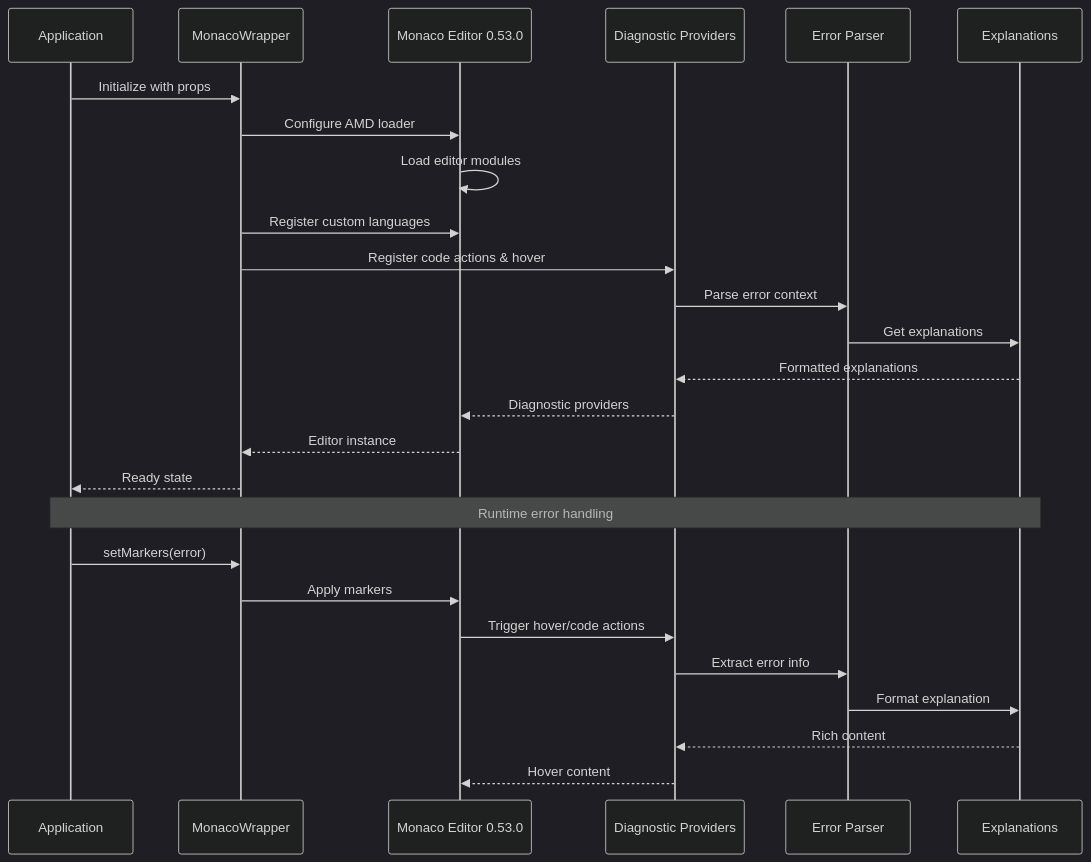
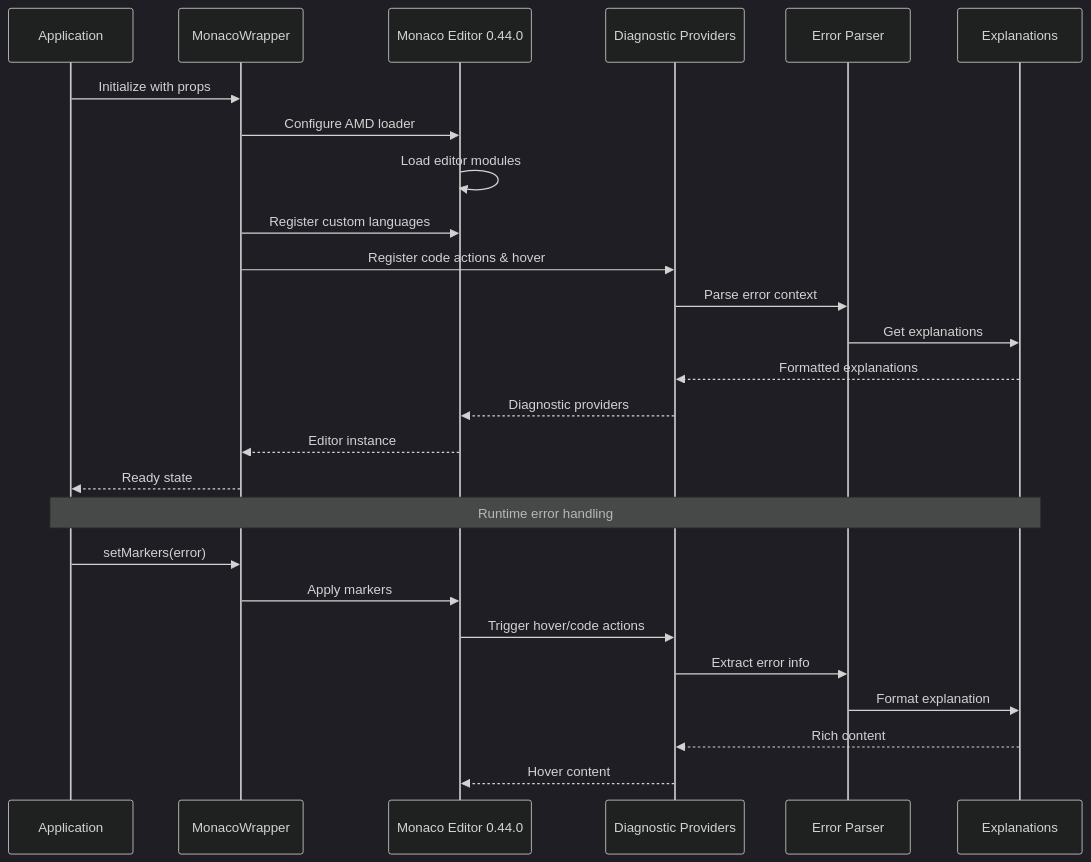
One commit to ongchonghian/universal-diagram-editor changed the second of 4 diagrams in .qoder/repowiki/en/content/Editor Architecture/Monaco Editor Integration.md. Above: the diagram before and after it, drawn with Mermaid (dark theme). The commit also changed other lines of this file and 31 other files, not shown here.

````diff
--- a/.qoder/repowiki/en/content/Editor Architecture/Monaco Editor Integration.md
+++ b/.qoder/repowiki/en/content/Editor Architecture/Monaco Editor Integration.md
@@ -171,28 +168,28 @@
 ```mermaid
 sequenceDiagram
 participant App as Application
 participant Wrapper as MonacoWrapper
-participant Monaco as Monaco Editor 0.53.0
+participant Monaco as Monaco Editor 0.44.0
 participant Providers as Diagnostic Providers
 participant Parser as Error Parser
 participant Explanations as Explanations
 App->>Wrapper : Initialize with props
 Wrapper->>Monaco : Configure AMD loader
 Monaco->>Monaco : Load editor modules
 Wrapper->>Monaco : Register custom languages
 Wrapper->>Providers : Register code actions & hover
 Providers->>Parser : Parse error context
 Parser->>Explanations : Get explanations
 Explanations-->>Providers : Formatted explanations
 Providers-->>Monaco : Diagnostic providers
 Monaco-->>Wrapper : Editor instance
 Wrapper-->>App : Ready state
 Note over App,Explanations : Runtime error handling
 App->>Wrapper : setMarkers(error)
 Wrapper->>Monaco : Apply markers
 Monaco->>Providers : Trigger hover/code actions
 Providers->>Parser : Extract error info
 Parser->>Explanations : Format explanation
 Explanations-->>Providers : Rich content
 Providers-->>Monaco : Hover content
 ```
````
